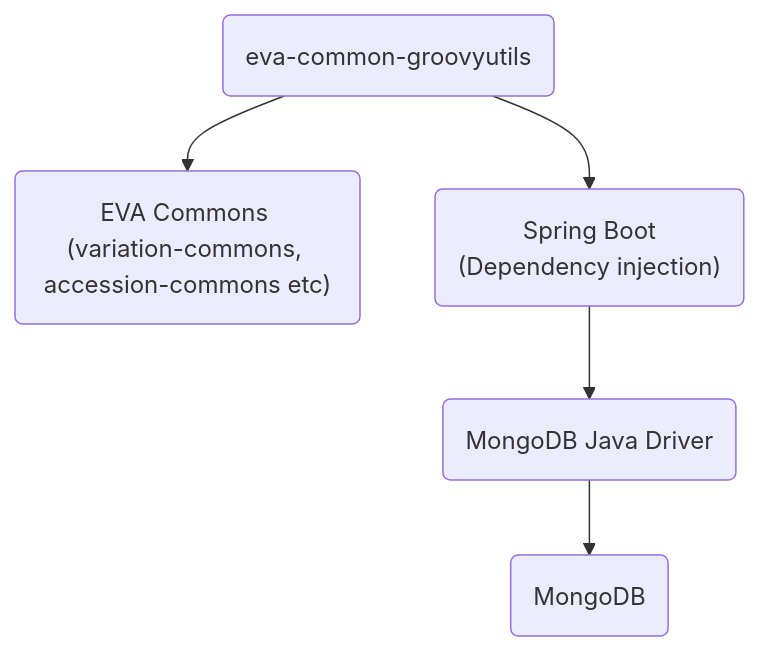
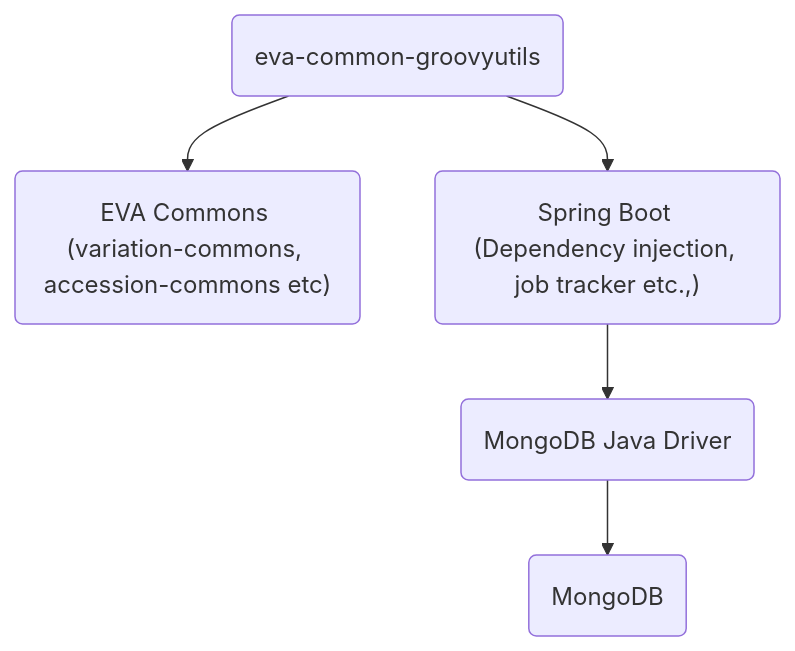
Before and after one commit to sundarvenkata-EBI/eva-common-groovyutils: the diagram in README.md, drawn with Mermaid.

````diff
--- a/README.md
+++ b/README.md
@@ -5,13 +5,13 @@
 ```mermaid
 graph TB  
   evaCommons("EVA Commons \n(variation-commons, accession-commons etc)")
   groovyUtils("eva-common-groovyutils")
-  springLayer("Spring Boot \n(Dependency injection)")
+  springLayer("Spring Boot \n(Dependency injection, job tracker etc.,)")
   javaDriver("MongoDB Java Driver")
   mongoLayer("MongoDB")
 
   groovyUtils --> evaCommons
   groovyUtils --> springLayer
   springLayer --> javaDriver
   javaDriver --> mongoLayer
 ```
````
